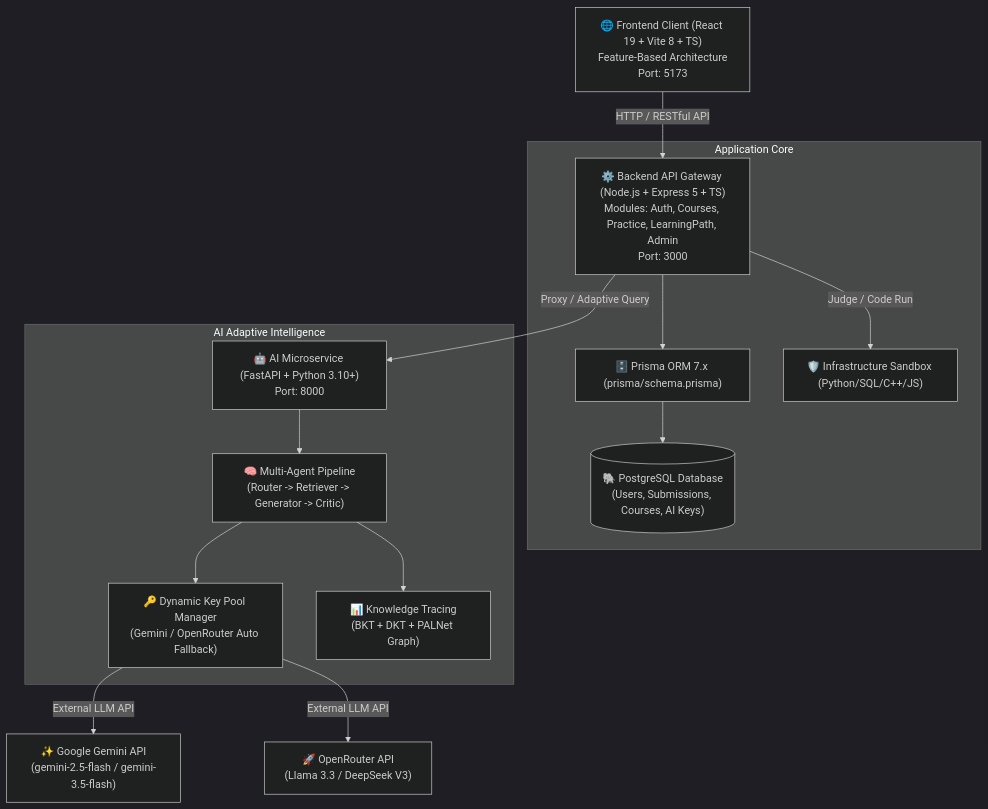
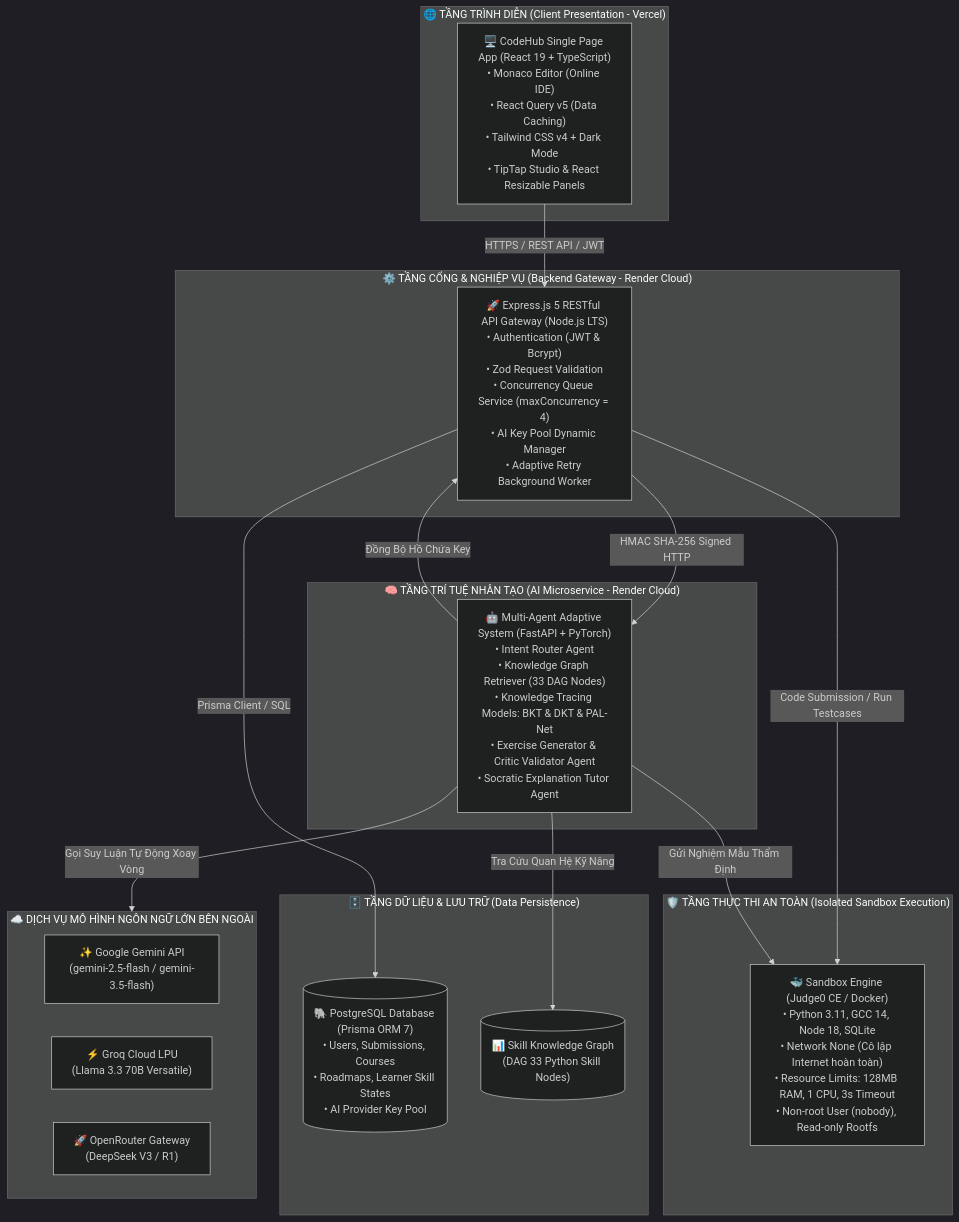
One commit to nguyentuanviet12k1d22cntt02-eng/codehub changed the first of 3 diagrams in PROJECT_STRUCTURE.md. Above: the diagram before and after it, drawn with Mermaid (dark theme). The commit also changed other lines of this file and 243 other files, not shown here.

````diff
--- a/PROJECT_STRUCTURE.md
+++ b/PROJECT_STRUCTURE.md
@@ -21,29 +291,38 @@
 ```mermaid
-graph TD
-    Client["🌐 Frontend Client (React 19 + Vite 8 + TS)<br>Feature-Based Architecture<br>Port: 5173"]
-    
-    subgraph "Application Core"
-        Gateway["⚙️ Backend API Gateway (Node.js + Express 5 + TS)<br>Modules: Auth, Courses, Practice, LearningPath, Admin<br>Port: 3000"]
-        Prisma["🗄️ Prisma ORM 7.x (prisma/schema.prisma)"]
-        Postgres[("🐘 PostgreSQL Database<br>(Users, Submissions, Courses, AI Keys)")]
-        Sandbox["🛡️ Infrastructure Sandbox (Python/SQL/C++/JS)"]
-    end
-    
-    subgraph "AI Adaptive Intelligence"
-        AIService["🤖 AI Microservice (FastAPI + Python 3.10+)<br>Port: 8000"]
-        AgentOrchestrator["🧠 Multi-Agent Pipeline<br>(Router -> Retriever -> Generator -> Critic)"]
-        KeyPool["🔑 Dynamic Key Pool Manager<br>(Gemini / OpenRouter Auto Fallback)"]
-        MLModels["📊 Knowledge Tracing<br>(BKT + DKT + PALNet Graph)"]
+graph TB
+    subgraph ClientLayer["🌐 TẦNG TRÌNH DIỄN (Client Presentation - Vercel)"]
+        UI["🖥️ CodeHub Single Page App (React 19 + TypeScript)<br>• Monaco Editor (Online IDE)<br>• React Query v5 (Data Caching)<br>• Tailwind CSS v4 + Dark Mode<br>• TipTap Studio & React Resizable Panels"]
     end
 
-    Client -->|HTTP / RESTful API| Gateway
-    Gateway --> Prisma
-    Prisma --> Postgres
-    Gateway -->|Judge / Code Run| Sandbox
-    Gateway -->|Proxy / Adaptive Query| AIService
-    AIService --> AgentOrchestrator
-    AgentOrchestrator --> KeyPool
-    AgentOrchestrator --> MLModels
-    KeyPool -->|External LLM API| Gemini["✨ Google Gemini API<br>(gemini-2.5-flash / gemini-3.5-flash)"]
-    KeyPool -->|External LLM API| OpenRouter["🚀 OpenRouter API<br>(Llama 3.3 / DeepSeek V3)"]
+    subgraph GatewayLayer["⚙️ TẦNG CỔNG & NGHIỆP VỤ (Backend Gateway - Render Cloud)"]
+        GW["🚀 Express.js 5 RESTful API Gateway (Node.js LTS)<br>• Authentication (JWT & Bcrypt)<br>• Zod Request Validation<br>• Concurrency Queue Service (maxConcurrency = 4)<br>• AI Key Pool Dynamic Manager<br>• Adaptive Retry Background Worker"]
+    end
+
+    subgraph AILayer["🧠 TẦNG TRÍ TUỆ NHÂN TẠO (AI Microservice - Render Cloud)"]
+        AI["🤖 Multi-Agent Adaptive System (FastAPI + PyTorch)<br>• Intent Router Agent<br>• Knowledge Graph Retriever (33 DAG Nodes)<br>• Knowledge Tracing Models: BKT & DKT & PAL-Net<br>• Exercise Generator & Critic Validator Agent<br>• Socratic Explanation Tutor Agent"]
+    end
+
+    subgraph SandboxLayer["🛡️ TẦNG THỰC THI AN TOÀN (Isolated Sandbox Execution)"]
+        SB["🐳 Sandbox Engine (Judge0 CE / Docker)<br>• Python 3.11, GCC 14, Node 18, SQLite<br>• Network None (Cô lập Internet hoàn toàn)<br>• Resource Limits: 128MB RAM, 1 CPU, 3s Timeout<br>• Non-root User (nobody), Read-only Rootfs"]
+    end
+
+    subgraph DataLayer["🗄️ TẦNG DỮ LIỆU & LƯU TRỮ (Data Persistence)"]
+        DB[("🐘 PostgreSQL Database (Prisma ORM 7)<br>• Users, Submissions, Courses<br>• Roadmaps, Learner Skill States<br>• AI Provider Key Pool")]
+        KG[("📊 Skill Knowledge Graph<br>(DAG 33 Python Skill Nodes)")]
+    end
+
+    subgraph ExternalLLM["☁️ DỊCH VỤ MÔ HÌNH NGÔN NGỮ LỚN BÊN NGOÀI"]
+        LLM1["✨ Google Gemini API<br>(gemini-2.5-flash / gemini-3.5-flash)"]
+        LLM2["⚡ Groq Cloud LPU<br>(Llama 3.3 70B Versatile)"]
+        LLM3["🚀 OpenRouter Gateway<br>(DeepSeek V3 / R1)"]
+    end
+
+    UI -->|HTTPS / REST API / JWT| GW
+    GW -->|Prisma Client / SQL| DB
+    GW -->|HMAC SHA-256 Signed HTTP| AI
+    GW -->|Code Submission / Run Testcases| SB
+    AI -->|Tra Cứu Quan Hệ Kỹ Năng| KG
+    AI -->|Gửi Nghiệm Mẫu Thẩm Định| SB
+    AI -->|Đồng Bộ Hồ Chứa Key| GW
+    AI -->|Gọi Suy Luận Tự Động Xoay Vòng| ExternalLLM
 ```
````
